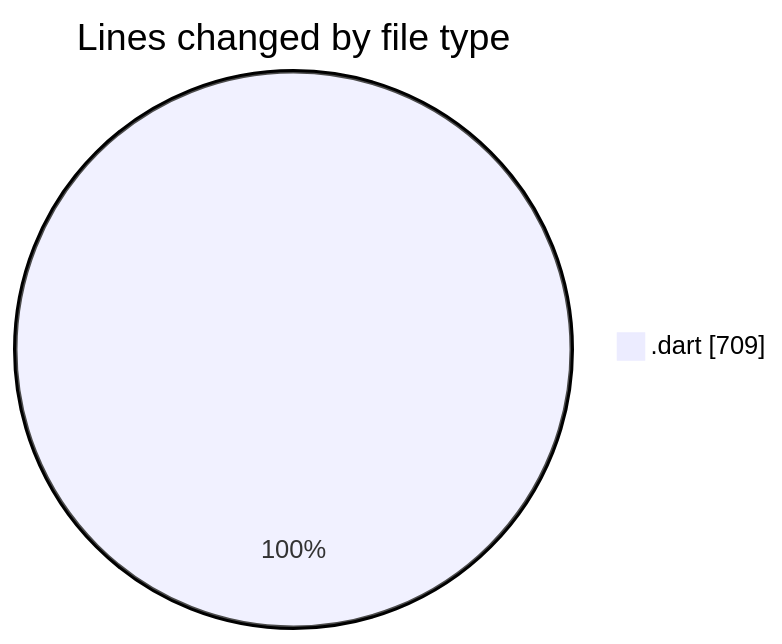
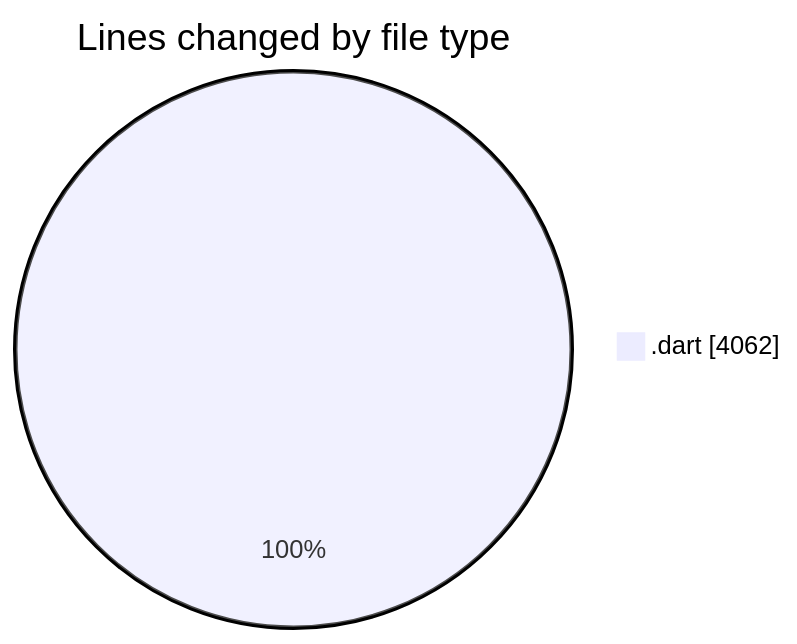
The first of 2 diagrams in 2025-08-05/studybuddy/README.md (lephambinh05/code-tracking), drawn with Mermaid before and after one commit. The commit also changed other lines of this file and 1 other file, not shown here.

````diff
--- a/2025-08-05/studybuddy/README.md
+++ b/2025-08-05/studybuddy/README.md
@@ -25,5 +30,5 @@
 ```mermaid
 pie showData
 title Lines changed by file type
-".dart" : 709
+".dart" : 4062
 ```
````
